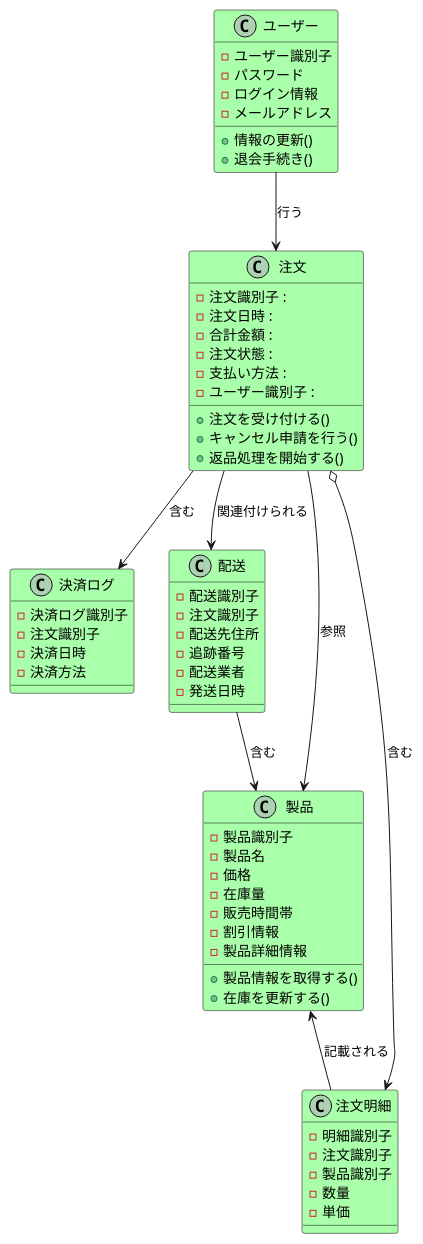
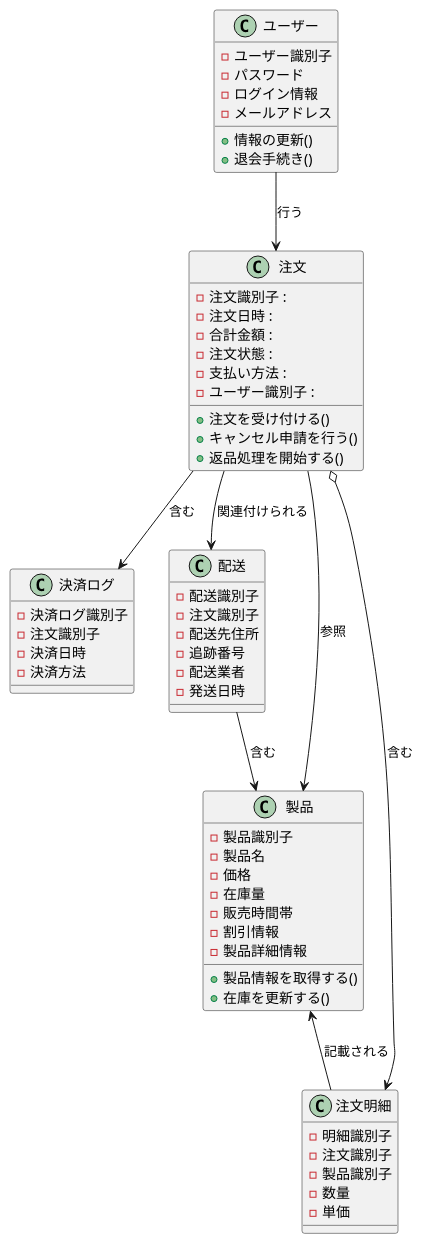
One commit to mameiku/group3-4 changed the diagram in kurasu.pu. Above: the diagram before and after it, drawn with PlantUML.

Commit message:
変更３

```diff
--- a/kurasu.pu
+++ b/kurasu.pu
@@ -1,95 +1,83 @@
 @startuml .
-' 日本語フォント設定
-skinparam defaultFontName "IPAexゴシック"
-
-' スタイル設定
-skinparam class {
-  BackgroundColor #AAFFAA
-  BorderColor black
-}
-
-' 関連線のカスタマイズ (多重度を非表示に)
-skinparam classAttributeIconStyle none 
-
 ' クラス定義
 class 注文 {
   - 注文識別子 :
   - 注文日時 :
   - 合計金額 :
   - 注文状態 :
   - 支払い方法 :
   - ユーザー識別子 :
   + 注文を受け付ける()
   + キャンセル申請を行う()
   + 返品処理を開始する()
 }
 
 class 決済ログ {
   - 決済ログ識別子 
   - 注文識別子 
   - 決済日時
   - 決済方法
 }
 
 class ユーザー {
   - ユーザー識別子 
   - パスワード
   - ログイン情報
   - メールアドレス
   + 情報の更新()
   + 退会手続き()
 }
 
 class 配送 {
   - 配送識別子 
   - 注文識別子 
   - 配送先住所
   - 追跡番号
   - 配送業者
   - 発送日時
 }
 
 class 製品 {
   - 製品識別子 
   - 製品名
   - 価格
   - 在庫量
   - 販売時間帯
   - 割引情報
   - 製品詳細情報  
   + 製品情報を取得する()
   + 在庫を更新する()
 }
 
 class 注文明細 {
   - 明細識別子 
   - 注文識別子 
   - 製品識別子 
   - 数量
   - 単価
 }
 
 ' --- 関連付け (矢印のみ、多重度なし) ---
 
 ' 注文と決済ログ
 注文 --> 決済ログ : 含む
 
 ' ユーザーと注文
 ユーザー --> 注文 : 行う
 
 ' 注文と配送
 注文 --> 配送 : 関連付けられる
 
 ' 注文と注文明細 (注文が明細を含む)
 注文 o--> 注文明細 : 含む
 
 ' 製品と注文明細 (明細が製品を参照)
 製品 <-- 注文明細 : 記載される
 
 ' 配送と製品 (配送対象)
 配送 --> 製品 : 含む
 
 ' 注文と製品 (間接参照)
 注文 --> 製品 : 参照
 
 @enduml
```
